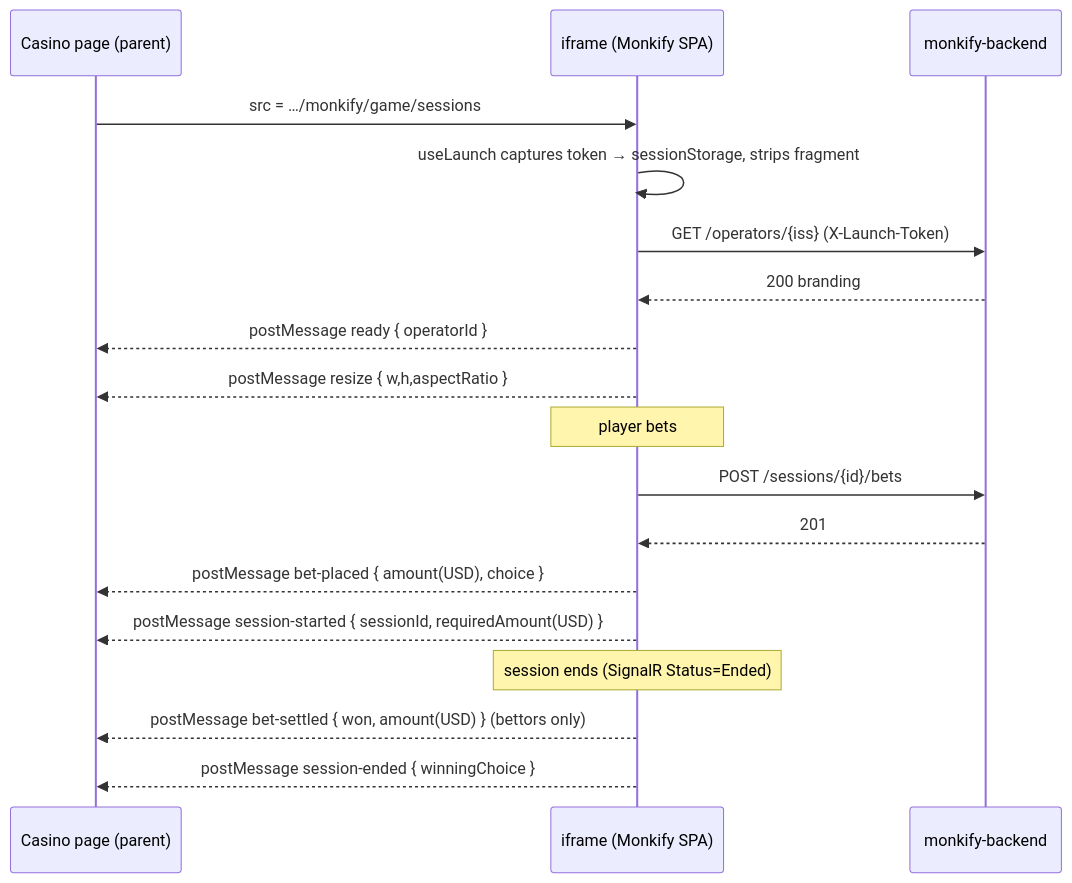
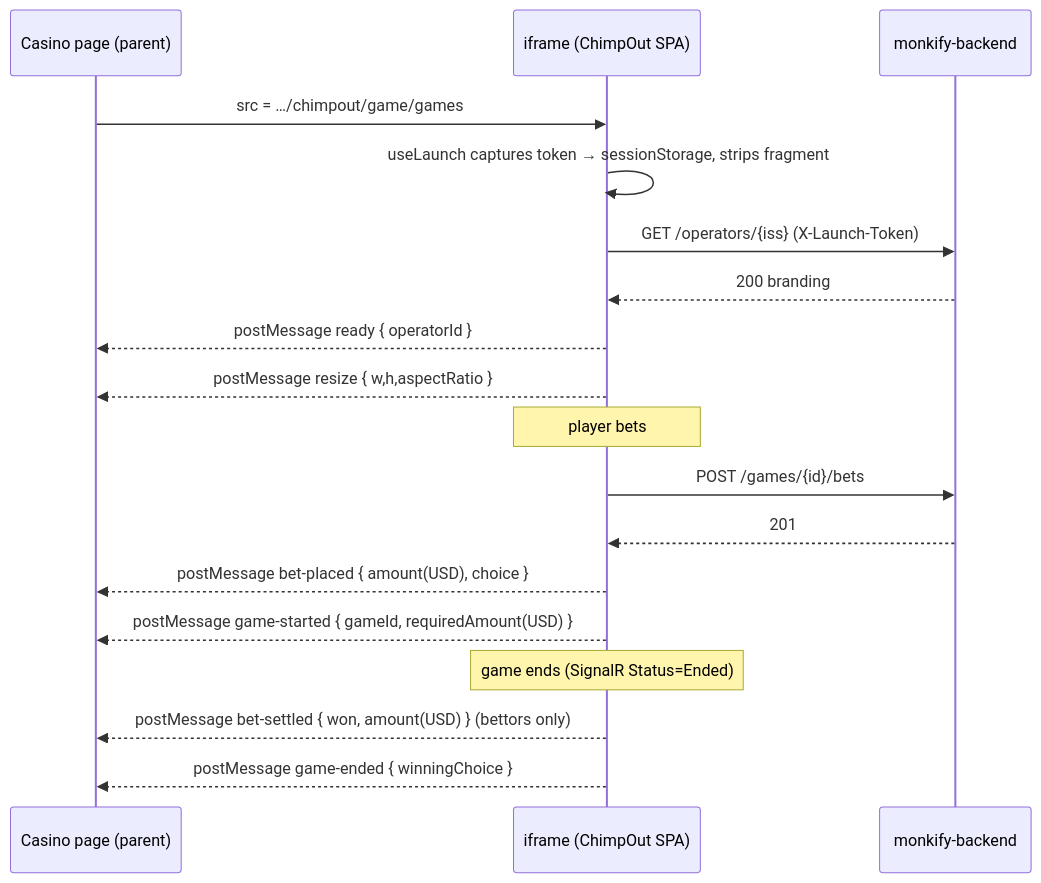
The first of 2 diagrams in specs/iframe-embedding.md (marcusruas/monkify-meta), drawn with Mermaid before and after one commit. The commit also changed other lines of this file and 57 other files, not shown here.

First line of the commit message:
Rebrand: Monkify->ChimpOut, Session->Game in KB prose (monkify-meta)

````diff
--- a/specs/iframe-embedding.md
+++ b/specs/iframe-embedding.md
@@ -380,21 +380,21 @@
 ```mermaid
 sequenceDiagram
   participant Casino as Casino page (parent)
-  participant Frame as iframe (Monkify SPA)
+  participant Frame as iframe (ChimpOut SPA)
   participant API as monkify-backend
 
-  Casino->>Frame: src = …/monkify/game/sessions#launch_token=<jwt>
+  Casino->>Frame: src = …/chimpout/game/games#launch_token=<jwt>
   Frame->>Frame: useLaunch captures token → sessionStorage, strips fragment
   Frame->>API: GET /operators/{iss}  (X-Launch-Token)
   API-->>Frame: 200 branding
   Frame-->>Casino: postMessage ready { operatorId }
   Frame-->>Casino: postMessage resize { w,h,aspectRatio }
   Note over Frame: player bets
-  Frame->>API: POST /sessions/{id}/bets
+  Frame->>API: POST /games/{id}/bets
   API-->>Frame: 201
   Frame-->>Casino: postMessage bet-placed { amount(USD), choice }
-  Frame-->>Casino: postMessage session-started { sessionId, requiredAmount(USD) }
-  Note over Frame: session ends (SignalR Status=Ended)
+  Frame-->>Casino: postMessage game-started { gameId, requiredAmount(USD) }
+  Note over Frame: game ends (SignalR Status=Ended)
   Frame-->>Casino: postMessage bet-settled { won, amount(USD) }  (bettors only)
-  Frame-->>Casino: postMessage session-ended { winningChoice }
+  Frame-->>Casino: postMessage game-ended { winningChoice }
 ```
````
